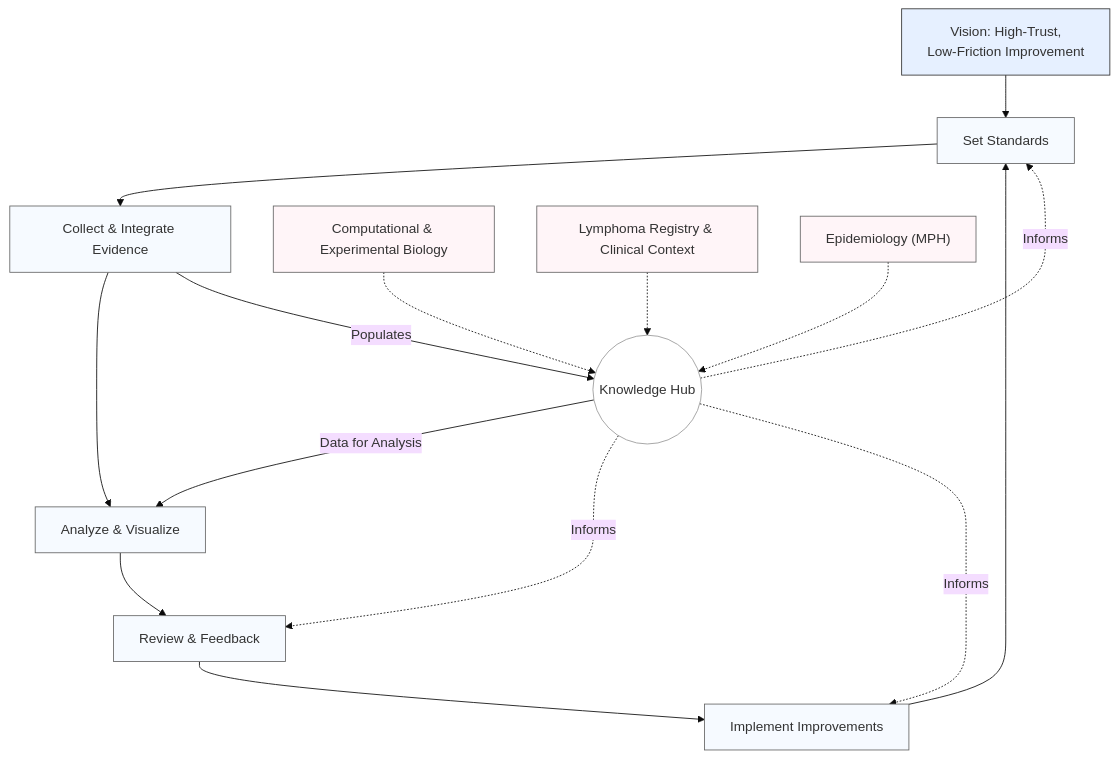
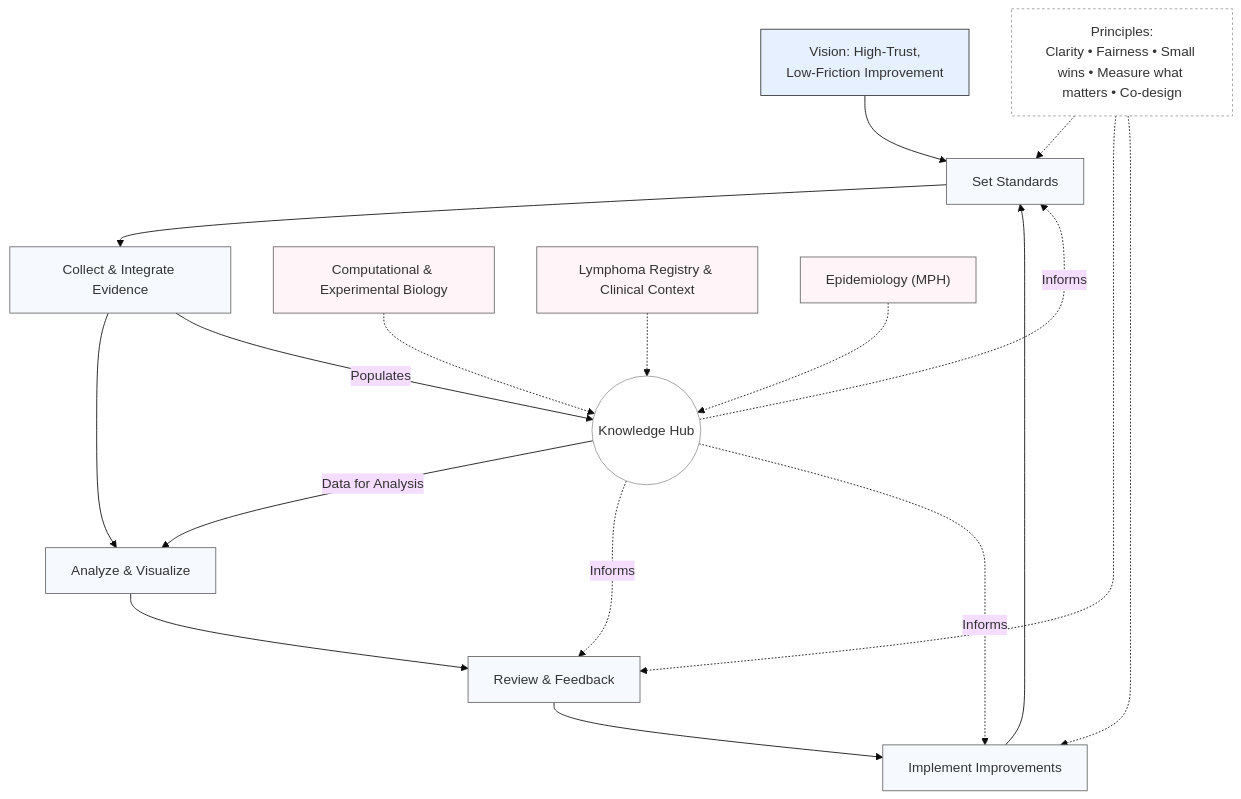
One commit to arshah18/arshah18.github.io changed the diagram in index.md. Above: the diagram before and after it, drawn with Mermaid (base theme).

Commit message:
Work flow test2; ensure Mermaid loads

```diff
--- a/index.md
+++ b/index.md
@@ -74,32 +74,41 @@
 <div class="mermaid">
 flowchart TD
   A["Vision: High-Trust,<br>Low-Friction Improvement"] --> S["Set Standards"]
-  S --> C["Collect & Integrate Evidence"] 
+  S --> C["Collect & Integrate Evidence"]
   C --> V["Analyze & Visualize"]
-  V --> R["Review & Feedback"] 
-  R --> I["Implement Improvements"] 
+  V --> R["Review & Feedback"]
+  R --> I["Implement Improvements"]
   I --> S
+
   K0(("Knowledge Hub"))
   K1["Computational & Experimental Biology"]
   K2["Lymphoma Registry & Clinical Context"]
   K3["Epidemiology (MPH)"]
+
   K1 -.-> K0
   K2 -.-> K0
   K3 -.-> K0
+
   C -->|Populates| K0
   K0 -->|Data for Analysis| V
   K0 -.->|Informs| S
   K0 -.->|Informs| R
   K0 -.->|Informs| I
-  classDef k fill:#fff5f8,stroke:#666,stroke-width:1px
+
+  P["Principles:<br>Clarity • Fairness • Small wins • Measure what matters • Co-design"]
+  P -.-> S
+  P -.-> R
+  P -.-> I
+
   style A fill:#e6f0ff,stroke:#333,stroke-width:1px
   style S fill:#f6faff,stroke:#666,stroke-width:1px
   style C fill:#f6faff,stroke:#666,stroke-width:1px
   style V fill:#f6faff,stroke:#666,stroke-width:1px
   style R fill:#f6faff,stroke:#666,stroke-width:1px
   style I fill:#f6faff,stroke:#666,stroke-width:1px
   style K0 fill:#ffffff,stroke:#999,stroke-width:1px
   style K1 fill:#fff5f8,stroke:#666,stroke-width:1px
   style K2 fill:#fff5f8,stroke:#666,stroke-width:1px
   style K3 fill:#fff5f8,stroke:#666,stroke-width:1px
+  style P  fill:#ffffff,stroke:#999,stroke-width:1px,stroke-dasharray:3 3
 </div>
```
